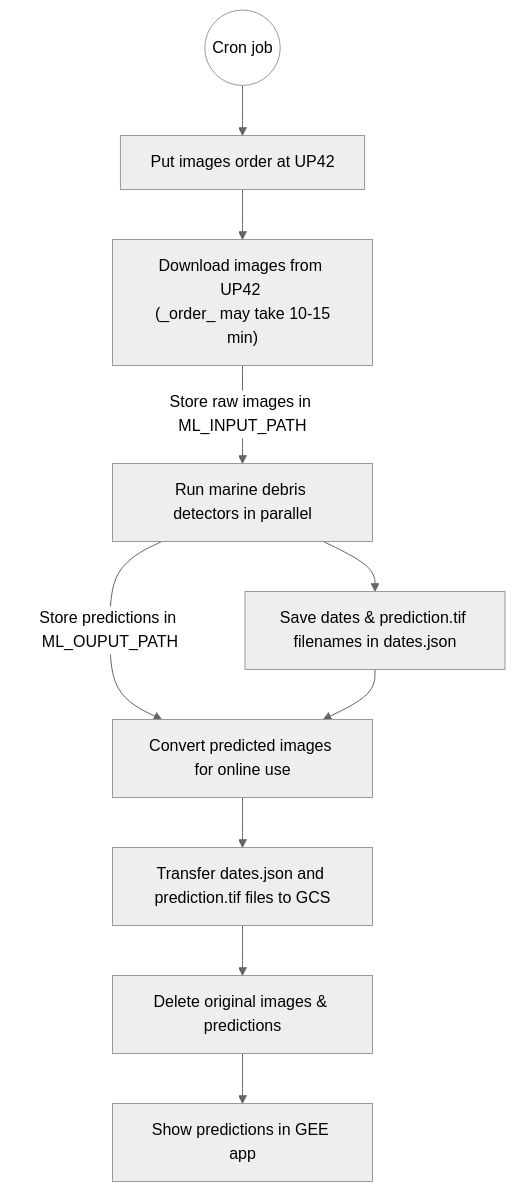
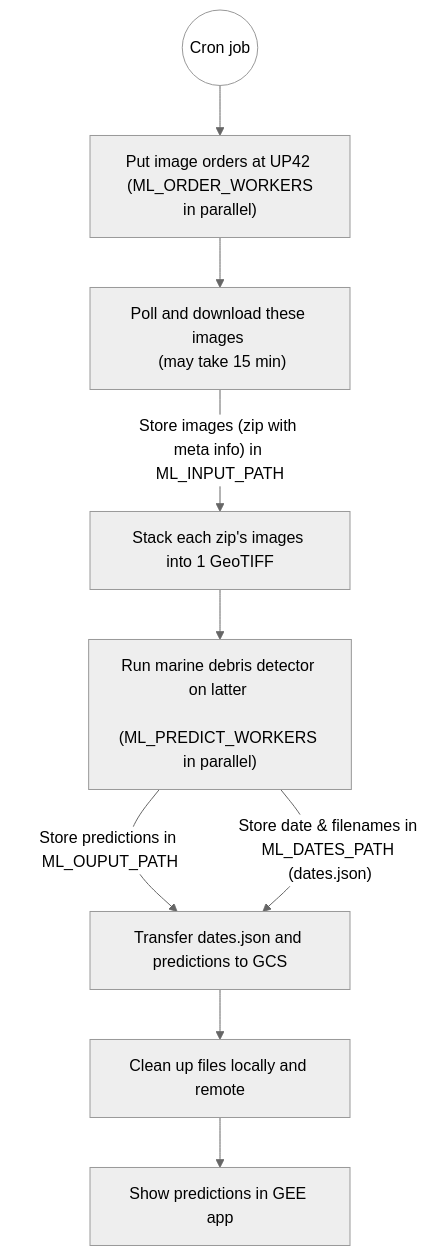
One commit to MI4People/Marine_Litter changed the diagram in docs/index.md. Above: the diagram before and after it, drawn with Mermaid (neutral theme). The commit also changed other lines of this file, not shown here.

Commit message:
docs: improve pipeline mermaid, add arxiv.org link

````diff
--- a/docs/index.md
+++ b/docs/index.md
@@ -53,14 +53,13 @@
 ```mermaid
 flowchart TD
     n1(("Cron job")):::trigger --> n2
-    n2["Put images order at UP42"] --> n3
-    n3["Download images from UP42 <br/> (_order_ may take 10-15 min)"] -- Store raw images in ML_INPUT_PATH --> n4
-    n4 --> n5
-    n4["Run marine debris detectors in parallel"] -- Store predictions in ML_OUPUT_PATH --> n6
-    n5["Save dates & prediction.tif filenames in dates.json"] --> n6
-    n6["Convert predicted images for online use"] --> n7
-    n7["Transfer dates.json and prediction.tif files to GCS"] --> n8
-    n8["Delete original images & predictions"] --> n9
-    n9["Show predictions in GEE app"]
+    n2["Put image orders at UP42 <br/> (ML_ORDER_WORKERS in parallel)"] --> n3
+    n3["Poll and download these images <br/> (may take 15 min)"] -- Store images (zip with meta info) in ML_INPUT_PATH --> n4
+    n4["Stack each zip's images into 1 GeoTIFF"] --> n5
+    n5["Run marine debris detector on latter <br/> (ML_PREDICT_WORKERS in parallel)"] -- Store predictions in ML_OUPUT_PATH --> n6
+    n5 -- Store date & filenames in ML_DATES_PATH (dates.json) --> n6
+    n6["Transfer dates.json and predictions to GCS"] --> n7
+    n7["Clean up files locally and remote"] --> n8
+    n8["Show predictions in GEE app"]
     classDef trigger fill:#ffffff;
 ```
````
